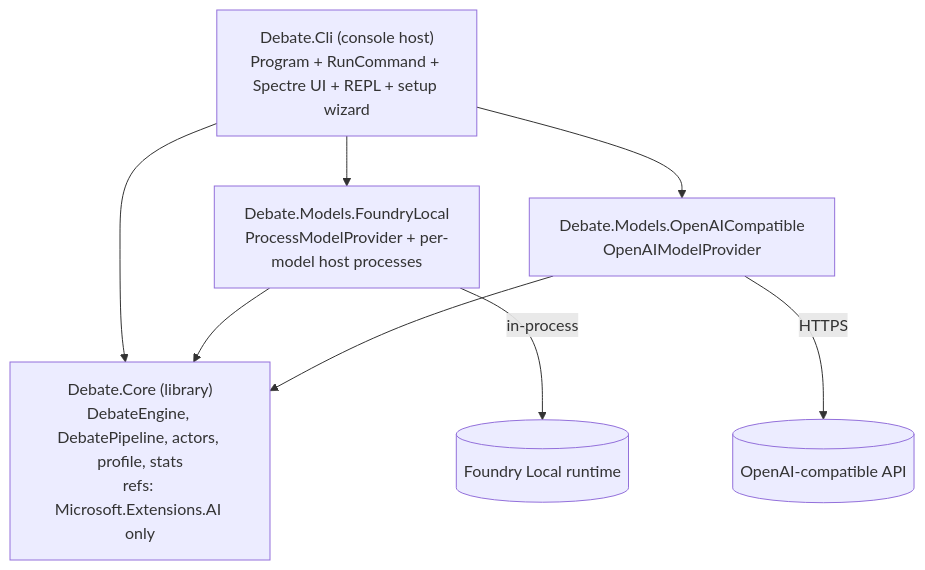
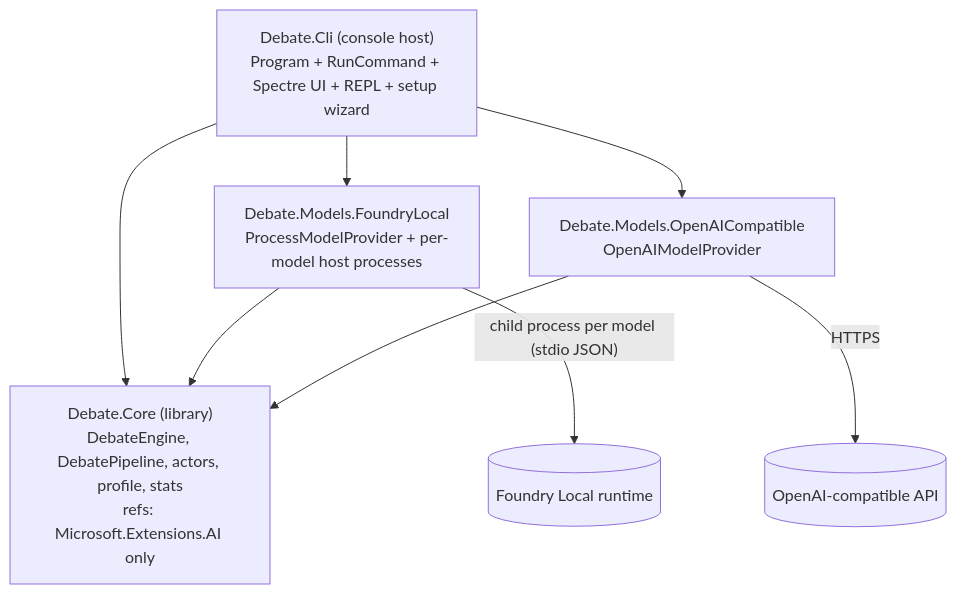
The first of 2 diagrams in architecture.md (arepetti/madcap), drawn with Mermaid before and after one commit. The commit also changed other lines of this file and 38 other files, not shown here.

````diff
--- a/architecture.md
+++ b/architecture.md
@@ -33,14 +37,14 @@
 ```mermaid
 flowchart TD
     Cli["Debate.Cli (console host)\nProgram + RunCommand + Spectre UI + REPL + setup wizard"]
     Core["Debate.Core (library)\nDebateEngine, DebatePipeline, actors, profile, stats\nrefs: Microsoft.Extensions.AI only"]
     Foundry["Debate.Models.FoundryLocal\nProcessModelProvider + per-model host processes"]
     Remote["Debate.Models.OpenAICompatible\nOpenAIModelProvider"]
     Cli --> Core
     Cli --> Foundry
     Cli --> Remote
     Foundry --> Core
     Remote --> Core
-    Foundry -->|in-process| FL[(Foundry Local runtime)]
+    Foundry -->|"child process per model (stdio JSON)"| FL[(Foundry Local runtime)]
     Remote -->|HTTPS| API[(OpenAI-compatible API)]
 ```
````
